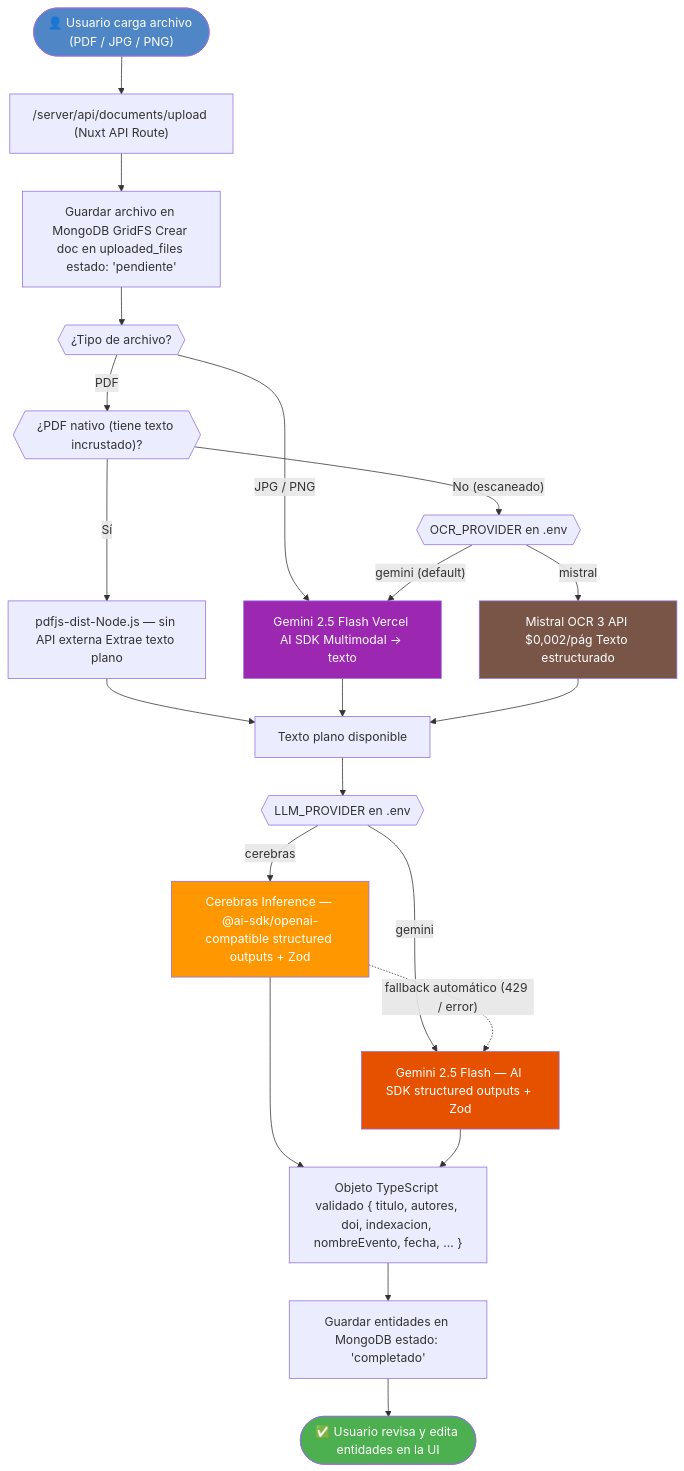
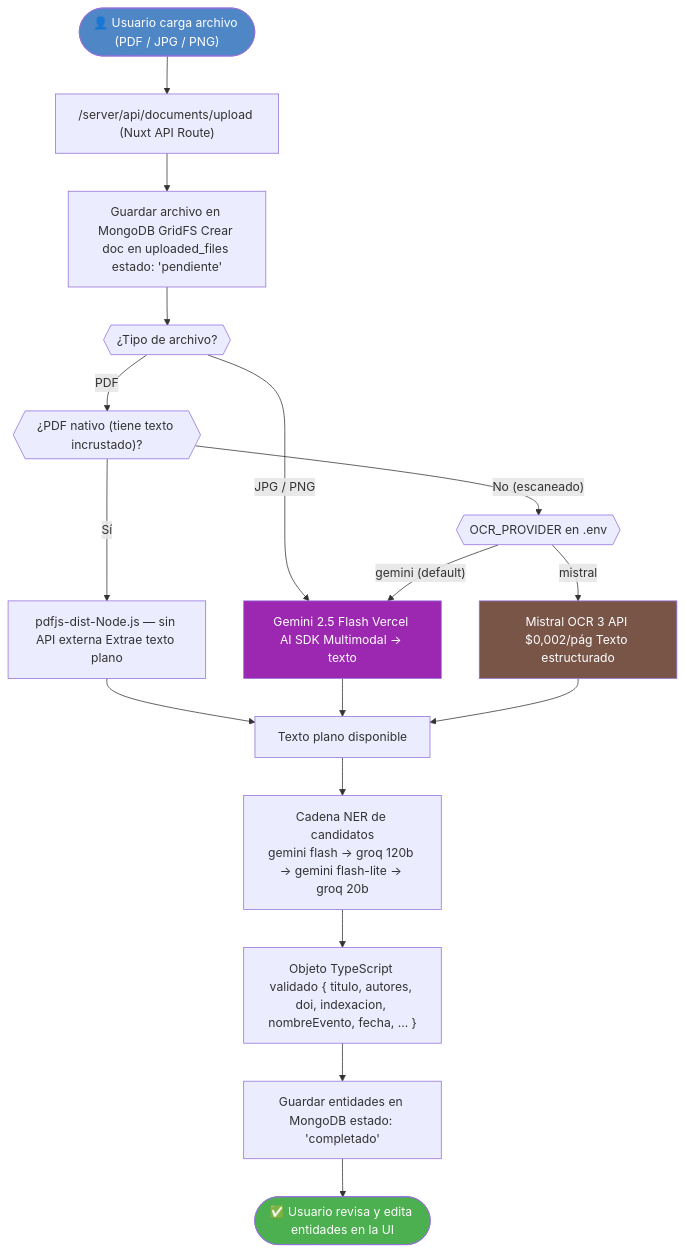
One commit to KarloZ7715/SIPAc changed the second of 2 diagrams in docs/analisis-diseno/documentacion/03-arquitectura-tecnica.md. Above: the diagram before and after it, drawn with Mermaid. The commit also changed other lines of this file and 4 other files, not shown here.

````diff
--- a/docs/analisis-diseno/documentacion/03-arquitectura-tecnica.md
+++ b/docs/analisis-diseno/documentacion/03-arquitectura-tecnica.md
@@ -277,37 +287,29 @@
 ```mermaid
 flowchart TD
     A(["👤 Usuario carga archivo (PDF / JPG / PNG)"]) --> B["/server/api/documents/upload (Nuxt API Route)"]
     B --> C["Guardar archivo en MongoDB GridFS Crear doc en uploaded_files estado: 'pendiente'"]
     C --> D{{"¿Tipo de archivo?"}}
 
     D -- "PDF" --> E{{"¿PDF nativo (tiene texto incrustado)?"}}
     D -- "JPG / PNG" --> H
 
     E -- "Sí" --> F["pdfjs-dist-Node.js — sin API externa Extrae texto plano"]
     E -- "No (escaneado)" --> G{{"OCR_PROVIDER en .env"}}
 
     G -- "gemini (default)" --> H["Gemini 2.5 Flash Vercel AI SDK Multimodal → texto"]
     G -- "mistral" --> I["Mistral OCR 3 API $0,002/pág Texto estructurado"]
 
     F --> J["Texto plano disponible"]
     H --> J
     I --> J
 
-    J --> K{{"LLM_PROVIDER en .env"}}
-
-    K -- "cerebras" --> K1["Cerebras Inference — @ai-sdk/openai-compatible structured outputs + Zod"]
-    K -- "gemini" --> K2["Gemini 2.5 Flash — AI SDK structured outputs + Zod"]
-    K1 -. "fallback automático (429 / error)" .-> K2
-
-    K1 --> L["Objeto TypeScript validado { titulo, autores, doi, indexacion, nombreEvento, fecha, ... }"]
-    K2 --> L
+    J --> K["Cadena NER de candidatos\ngemini flash -> groq 120b -> gemini flash-lite -> groq 20b"]
+    K --> L["Objeto TypeScript validado { titulo, autores, doi, indexacion, nombreEvento, fecha, ... }"]
     L --> M["Guardar entidades en MongoDB estado: 'completado'"]
     M --> N(["✅ Usuario revisa y edita entidades en la UI"])
 
     style A fill:#4f86c6,color:#fff
     style N fill:#4caf50,color:#fff
-    style K1 fill:#ff9800,color:#fff
-    style K2 fill:#e65100,color:#fff
     style H fill:#9c27b0,color:#fff
     style I fill:#795548,color:#fff
 ```
````
